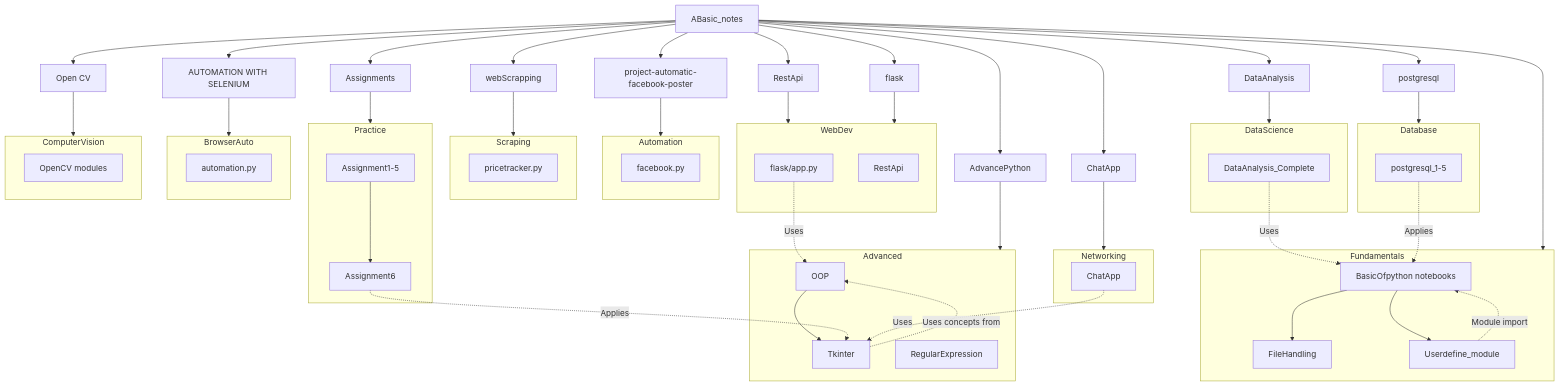
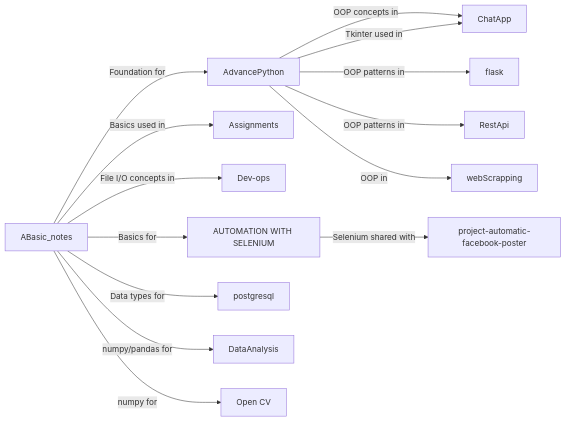
Before and after one commit to Ktripathi2611/learningPython: the diagram in README.md, drawn with Mermaid. The commit also changed other lines of this file and 6 other files, not shown here.

Commit message:
feat: Add Dev-ops directory containing file I/O and student grade management scripts, and update README documentation.

````diff
--- a/README.md
+++ b/README.md
@@ -526,82 +519,16 @@
 ```mermaid
-graph TD
-    A[ABasic_notes] --> B[AdvancePython]
-    A --> C[Assignments]
-    A --> D[DataAnalysis]
-    A --> E[postgresql]
-    A --> F[RestApi]
-    A --> G[flask]
-    A --> H[project-automatic-facebook-poster]
-    A --> I[webScrapping]
-    A --> J[ChatApp]
-    A --> K[AUTOMATION WITH SELENIUM]
-    A --> L[Open CV]
-    
-    subgraph Fundamentals
-        A1[BasicOfpython notebooks] --> A2[FileHandling]
-        A1 --> A3[Userdefine_module]
-    end
-    
-    subgraph Advanced
-        B1[OOP] --> B3[Tkinter]
-        B2[RegularExpression]
-    end
-    
-    subgraph WebDev
-        G1[flask/app.py]
-        F1[RestApi]
-    end
-    
-    subgraph Automation
-        H1[facebook.py]
-    end
-    
-    subgraph Scraping
-        I1[pricetracker.py]
-    end
-    
-    subgraph DataScience
-        D1[DataAnalysis_Complete]
-    end
-    
-    subgraph Database
-        E1[postgresql_1-5]
-    end
-    
-    subgraph Practice
-        C1[Assignment1-5] --> C2[Assignment6]
-    end
-    
-    A --> Fundamentals
-    B --> Advanced
-    C --> Practice
-    D --> DataScience
-    E --> Database
-    F --> WebDev
-    G --> WebDev
-    H --> Automation
-    I --> Scraping
-    J --> Networking
-    K --> BrowserAuto
-    L --> ComputerVision
-    
-    A3 -.-> |"Module import"| A1
-    B3 -.-> |"Uses concepts from"| B1
-    C2 -.-> |"Applies"| B3
-    D1 -.-> |"Uses"| A1
-    E1 -.-> |"Applies"| A1
-    G1 -.-> |"Uses"| B1
-    J1 -.-> |"Uses"| B3
-    
-    subgraph Networking
-        J1[ChatApp] 
-    end
-    
-    subgraph BrowserAuto
-        K1[automation.py]
-    end
-    
-    subgraph ComputerVision
-        L1[OpenCV modules]
-    end
+graph LR
+    A[ABasic_notes] -->|Foundation for| B[AdvancePython]
+    A -->|Basics used in| C[Assignments]
+    B -->|OOP concepts in| D[ChatApp]
+    B -->|Tkinter used in| D
+    A -->|File I/O concepts in| E[Dev-ops]
+    B -->|OOP patterns in| F[flask]
+    B -->|OOP patterns in| G[RestApi]
+    B -->|OOP in| H[webScrapping]
+    A -->|Basics for| I[AUTOMATION WITH SELENIUM]
+    I -->|Selenium shared with| J[project-automatic-facebook-poster]
+    A -->|Data types for| K[postgresql]
+    A -->|numpy/pandas for| L[DataAnalysis]
+    A -->|numpy for| M[Open CV]
 ```
````
